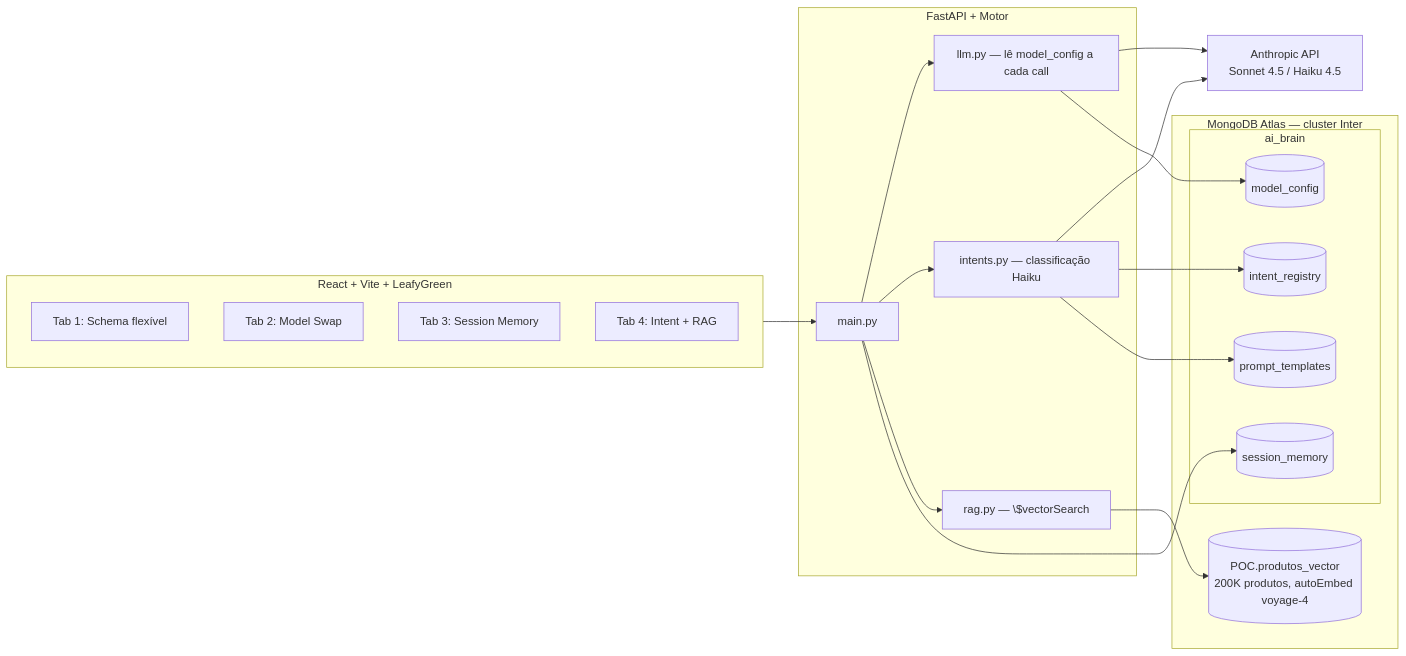
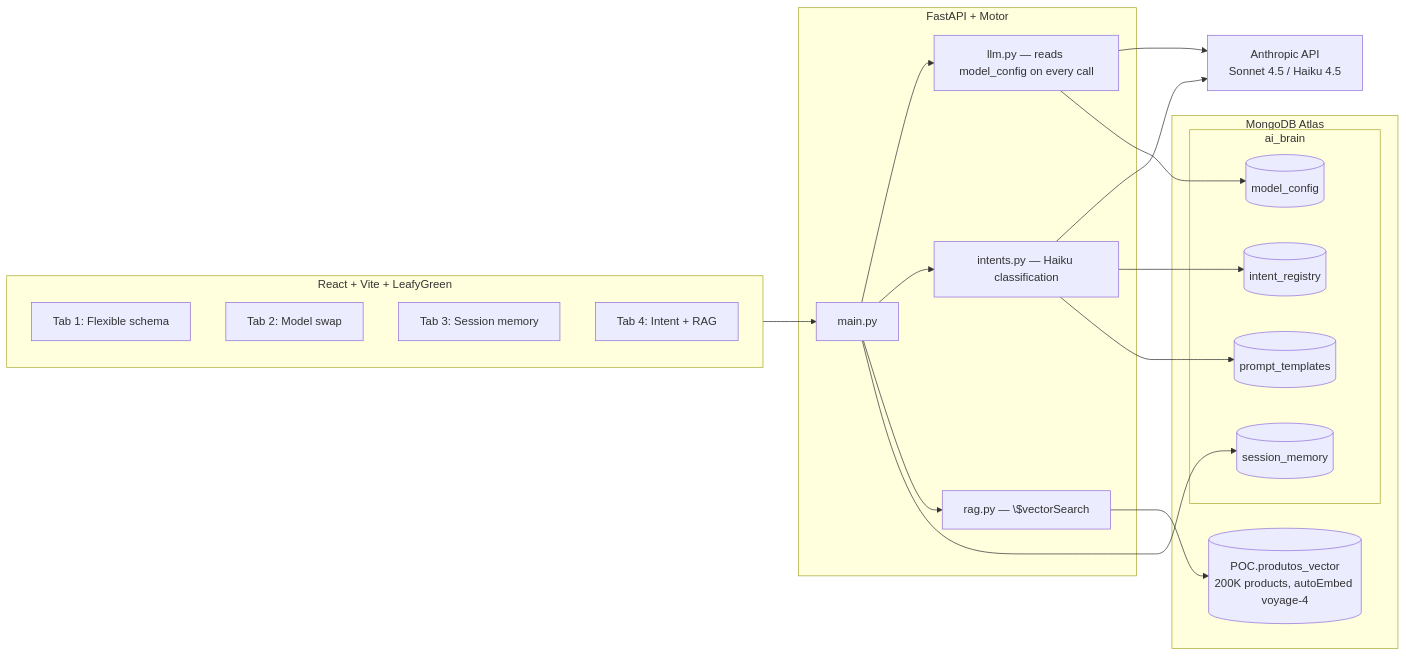
The diagram in README.md (adrianofratelli-glitch/MongoDB-Intelligence-Layer), drawn with Mermaid before and after one commit. The commit also changed other lines of this file and 20 other files, not shown here.

````diff
--- a/README.md
+++ b/README.md
@@ -33,37 +35,37 @@
 ```mermaid
 flowchart LR
     subgraph Frontend [React + Vite + LeafyGreen]
-        T1[Tab 1: Schema flexível]
-        T2[Tab 2: Model Swap]
-        T3[Tab 3: Session Memory]
+        T1[Tab 1: Flexible schema]
+        T2[Tab 2: Model swap]
+        T3[Tab 3: Session memory]
         T4[Tab 4: Intent + RAG]
     end
 
     subgraph Backend [FastAPI + Motor]
         API[main.py]
-        LLM[llm.py — lê model_config a cada call]
-        INT[intents.py — classificação Haiku]
+        LLM[llm.py — reads model_config on every call]
+        INT[intents.py — Haiku classification]
         RAG[rag.py — \$vectorSearch]
     end
 
-    subgraph Atlas [MongoDB Atlas — cluster Inter]
+    subgraph Atlas [MongoDB Atlas]
         subgraph ai_brain
             PT[(prompt_templates)]
             MC[(model_config)]
             IR[(intent_registry)]
             SM[(session_memory)]
         end
-        PV[(POC.produtos_vector\n200K produtos, autoEmbed voyage-4)]
+        PV[(POC.produtos_vector\n200K products, autoEmbed voyage-4)]
     end
 
     ANT[Anthropic API\nSonnet 4.5 / Haiku 4.5]
 
     Frontend --> API
     API --> LLM --> ANT
     API --> INT --> ANT
     API --> RAG --> PV
     LLM --> MC
     INT --> IR
     INT --> PT
     API --> SM
 ```
````
